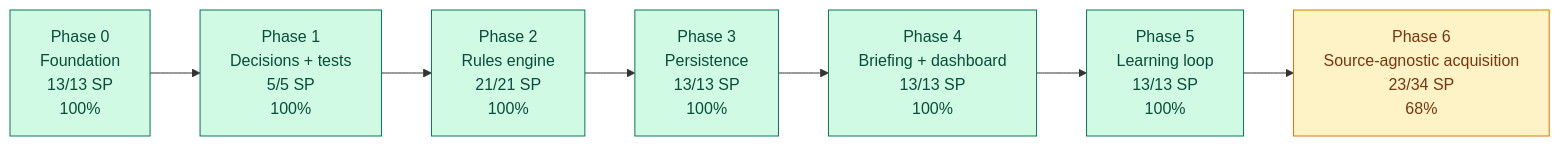
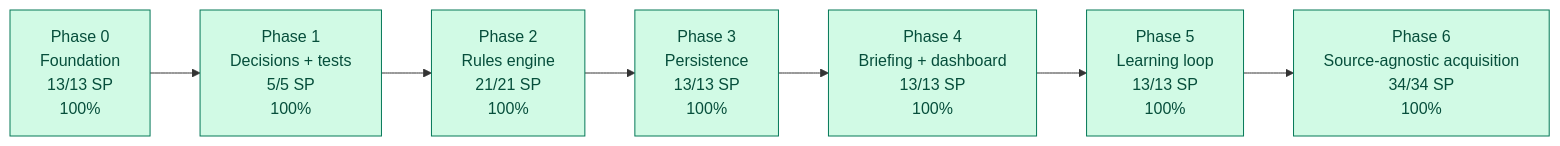
The diagram in .codex/STATUS.md (bprager/reddit-opportunity-agent), drawn with Mermaid before and after one commit. The commit also changed other lines of this file and 16 other files, not shown here.

Commit message:
feat: finish phase 6 acquisition hardening

````diff
--- a/.codex/STATUS.md
+++ b/.codex/STATUS.md
@@ -79,15 +78,14 @@
 ```mermaid
 flowchart LR
     P0["Phase 0<br/>Foundation<br/>13/13 SP<br/>100%"] --> P1["Phase 1<br/>Decisions + tests<br/>5/5 SP<br/>100%"]
     P1 --> P2["Phase 2<br/>Rules engine<br/>21/21 SP<br/>100%"]
     P2 --> P3["Phase 3<br/>Persistence<br/>13/13 SP<br/>100%"]
     P3 --> P4["Phase 4<br/>Briefing + dashboard<br/>13/13 SP<br/>100%"]
     P4 --> P5["Phase 5<br/>Learning loop<br/>13/13 SP<br/>100%"]
-    P5 --> P6["Phase 6<br/>Source-agnostic acquisition<br/>23/34 SP<br/>68%"]
+    P5 --> P6["Phase 6<br/>Source-agnostic acquisition<br/>34/34 SP<br/>100%"]
 
     classDef done fill:#d1fae5,stroke:#047857,color:#064e3b;
     classDef active fill:#fef3c7,stroke:#d97706,color:#78350f;
     classDef todo fill:#e5e7eb,stroke:#6b7280,color:#111827;
-    class P0,P1,P2,P3,P4,P5 done;
-    class P6 active;
+    class P0,P1,P2,P3,P4,P5,P6 done;
 ```
````
